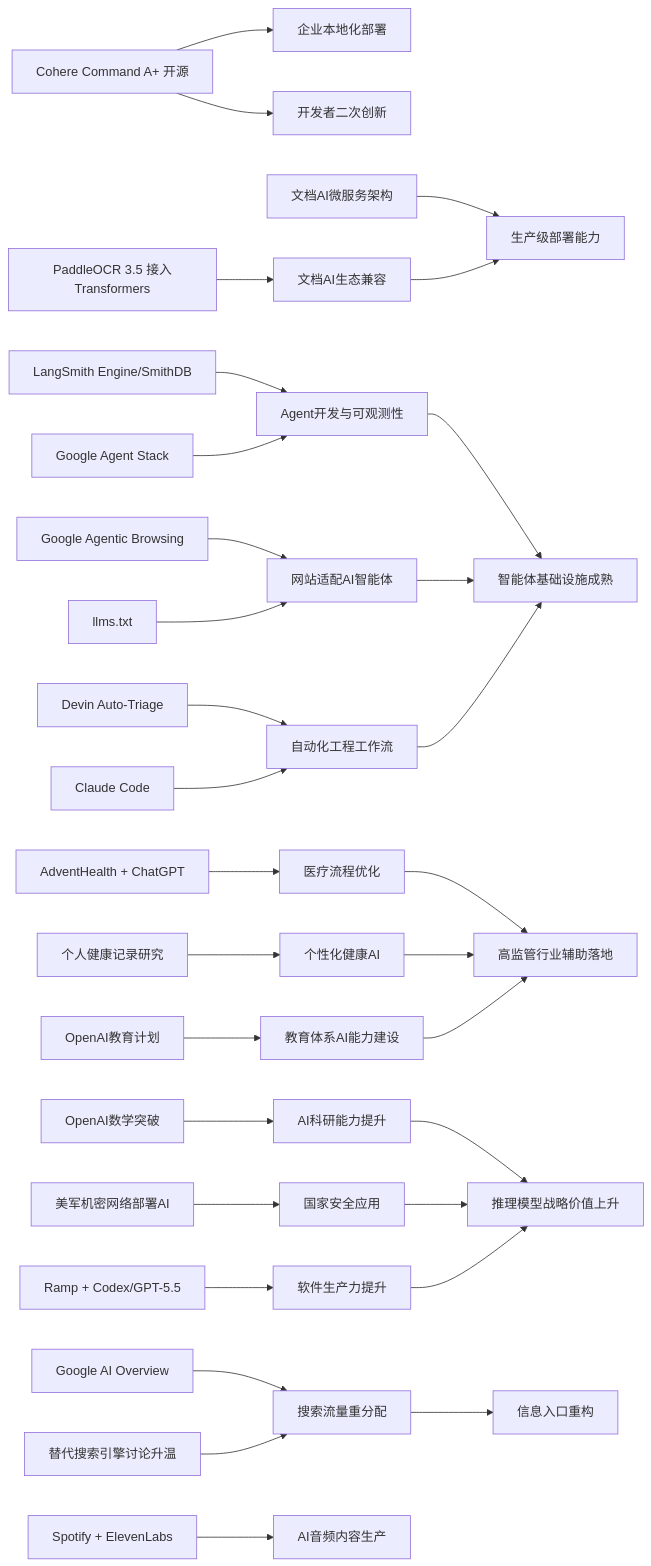
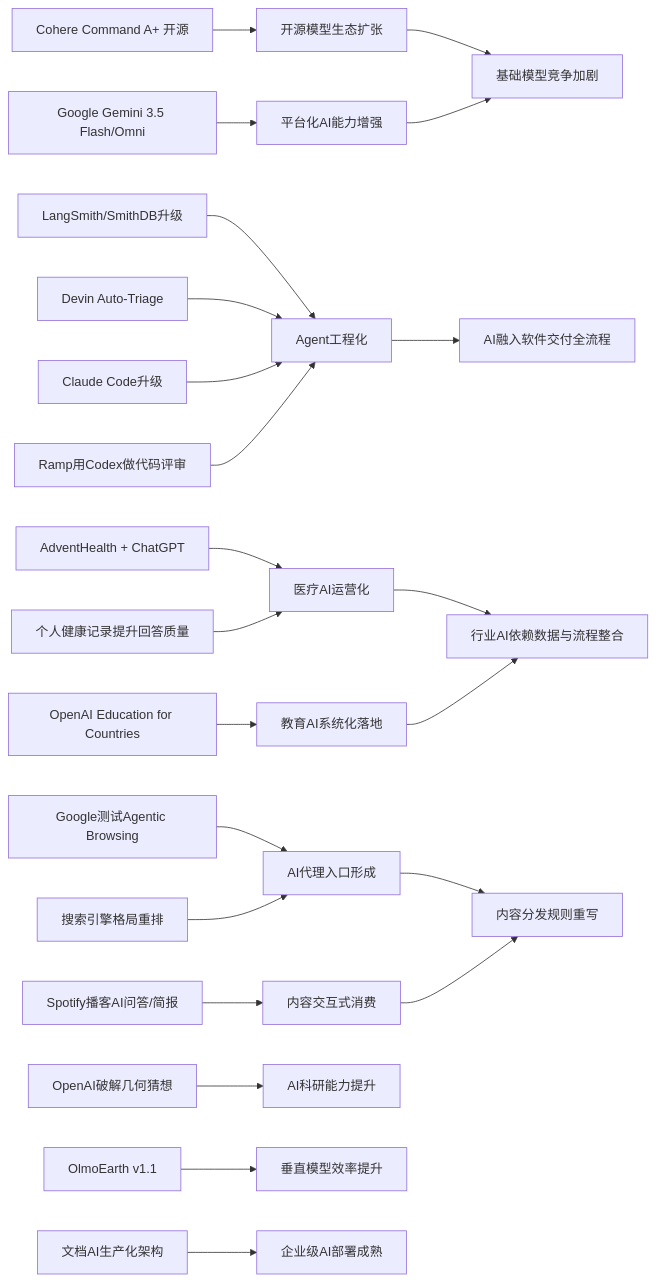
Before and after one commit to zhuxinfei/ai-daily-site: the diagram in content/cn/2026/2026-05/2026-05-21.md, drawn with Mermaid. The commit also changed other lines of this file, not shown here.

````diff
--- a/content/cn/2026/2026-05/2026-05-21.md
+++ b/content/cn/2026/2026-05/2026-05-21.md
@@ -110,38 +110,29 @@
 ```mermaid
 graph LR
-    A[Cohere Command A+ 开源] --> B[企业本地化部署]
-    A --> C[开发者二次创新]
-    D[PaddleOCR 3.5 接入Transformers] --> E[文档AI生态兼容]
-    F[文档AI微服务架构] --> G[生产级部署能力]
-    E --> G
+    A[Cohere Command A+ 开源] --> B[开源模型生态扩张]
+    C[Google Gemini 3.5 Flash/Omni] --> D[平台化AI能力增强]
+    B --> E[基础模型竞争加剧]
+    D --> E
 
-    H[LangSmith Engine/SmithDB] --> I[Agent开发与可观测性]
-    J[Devin Auto-Triage] --> K[自动化工程工作流]
-    L[Claude Code] --> K
-    M[Google Agent Stack] --> I
-    N[Google Agentic Browsing] --> O[网站适配AI智能体]
-    P[llms.txt] --> O
-    I --> Q[智能体基础设施成熟]
-    O --> Q
-    K --> Q
+    F[LangSmith/SmithDB升级] --> G[Agent工程化]
+    H[Devin Auto-Triage] --> G
+    I[Claude Code升级] --> G
+    J[Ramp用Codex做代码评审] --> G
+    G --> K[AI融入软件交付全流程]
 
-    R[AdventHealth + ChatGPT] --> S[医疗流程优化]
-    T[个人健康记录研究] --> U[个性化健康AI]
-    S --> V[高监管行业辅助落地]
-    U --> V
-    W[OpenAI教育计划] --> X[教育体系AI能力建设]
-    X --> V
+    L[AdventHealth + ChatGPT] --> M[医疗AI运营化]
+    N[个人健康记录提升回答质量] --> M
+    O[OpenAI Education for Countries] --> P[教育AI系统化落地]
+    M --> Q[行业AI依赖数据与流程整合]
+    P --> Q
 
-    Y[OpenAI数学突破] --> Z[AI科研能力提升]
-    AA[美军机密网络部署AI] --> AB[国家安全应用]
-    AC[Ramp + Codex/GPT-5.5] --> AD[软件生产力提升]
-    Z --> AE[推理模型战略价值上升]
-    AB --> AE
-    AD --> AE
+    R[Google测试Agentic Browsing] --> S[AI代理入口形成]
+    T[搜索引擎格局重排] --> S
+    U[Spotify播客AI问答/简报] --> V[内容交互式消费]
+    S --> W[内容分发规则重写]
+    V --> W
 
-    AF[Google AI Overview] --> AG[搜索流量重分配]
-    AH[替代搜索引擎讨论升温] --> AG
-    AG --> AI[信息入口重构]
-
-    AJ[Spotify + ElevenLabs] --> AK[AI音频内容生产]
+    X[OpenAI破解几何猜想] --> Y[AI科研能力提升]
+    Z[OlmoEarth v1.1] --> AA[垂直模型效率提升]
+    AB[文档AI生产化架构] --> AC[企业级AI部署成熟]
 ```
````
